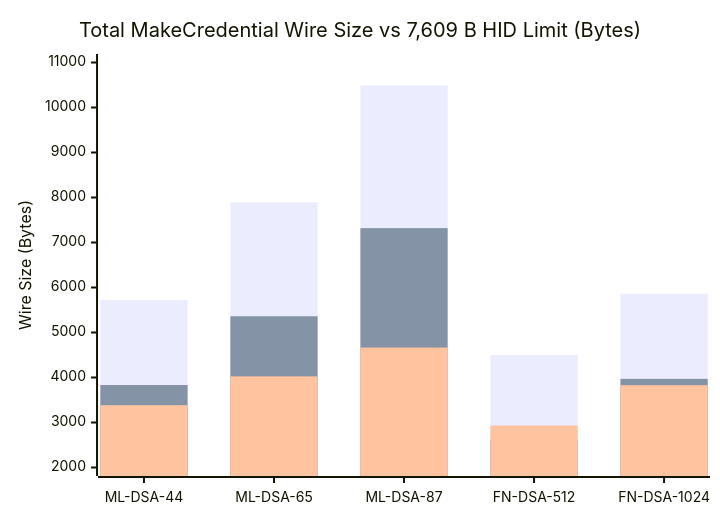
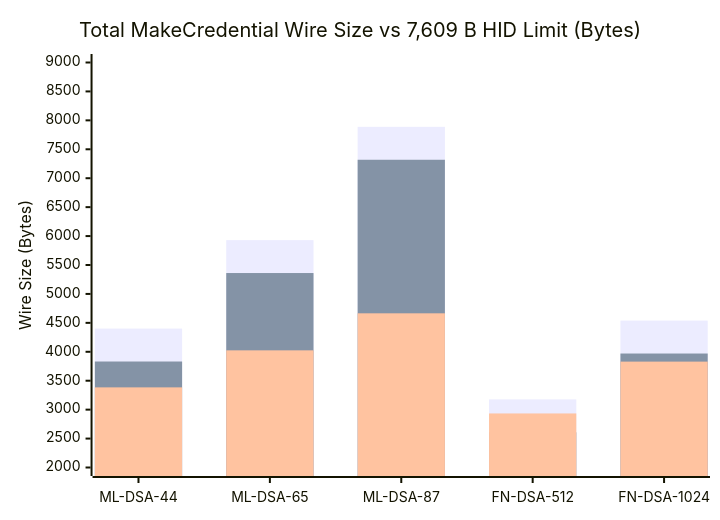
Before and after one commit to ve7jtb/ve7jtb.github.io: the first of 2 diagrams in enterprise_attestation_mtc_vs_lmots_comparison.md, drawn with Mermaid. The commit also changed other lines of this file and 3 other files, not shown here.

````diff
--- a/enterprise_attestation_mtc_vs_lmots_comparison.md
+++ b/enterprise_attestation_mtc_vs_lmots_comparison.md
@@ -101,9 +101,9 @@
 ```mermaid
 xychart-beta
     title "Total MakeCredential Wire Size vs 7,609 B HID Limit (Bytes)"
     x-axis ["ML-DSA-44", "ML-DSA-65", "ML-DSA-87", "FN-DSA-512", "FN-DSA-1024"]
-    y-axis "Wire Size (Bytes)" 2000 --> 11000
-    bar [5723, 7892, 10490, 4499, 5861]
+    y-axis "Wire Size (Bytes)" 2000 --> 9000
+    bar [4401, 5930, 7888, 3177, 4539]
     bar [3832, 5361, 7319, 2608, 3970]
     bar [3385, 4025, 4665, 2934, 3830]
 ```
````
